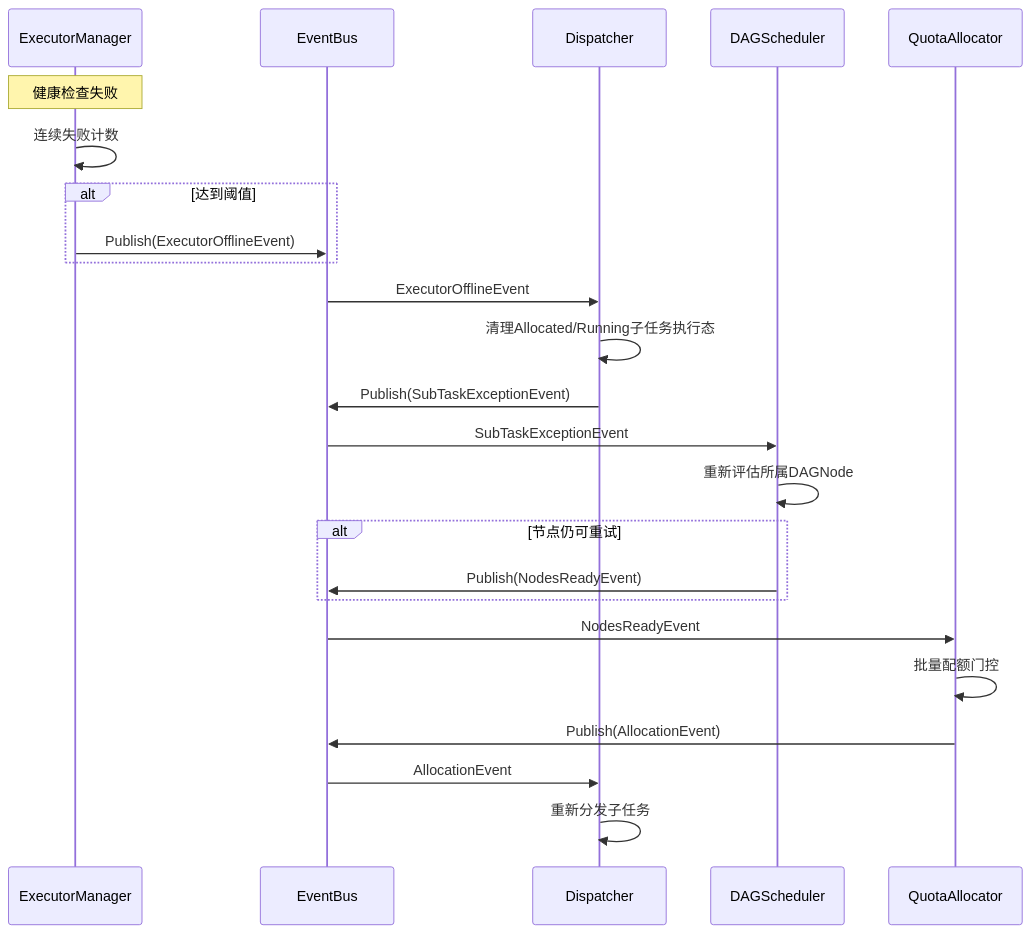
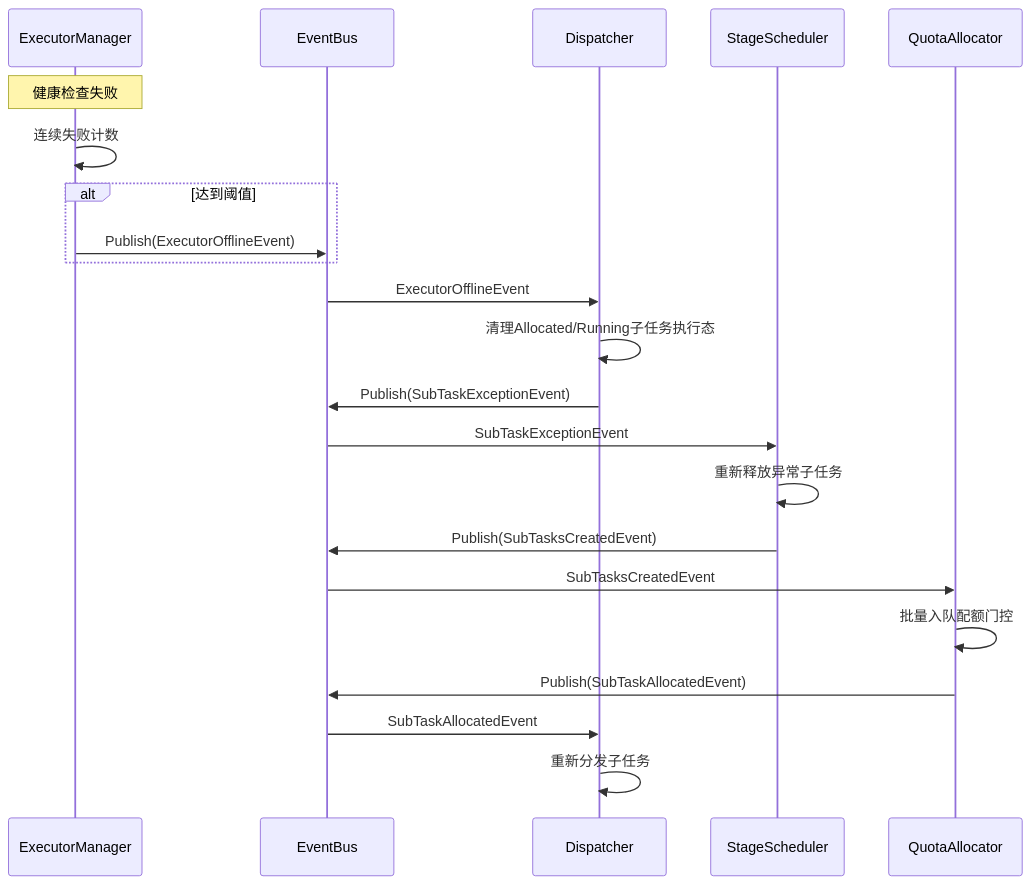
The ninth of 9 diagrams in docs/designs/模块设计文档.md (njuxumq/agent-eval-server), drawn with Mermaid before and after one commit. The commit also changed other lines of this file and 15 other files, not shown here.

````diff
--- a/docs/designs/模块设计文档.md
+++ b/docs/designs/模块设计文档.md
@@ -618,32 +656,30 @@
 ```mermaid
 sequenceDiagram
     participant EM as ExecutorManager
     participant EB as EventBus
     participant Dispatcher as Dispatcher
-    participant Scheduler as DAGScheduler
+    participant SS as StageScheduler
     participant Quota as QuotaAllocator
 
     Note over EM: 健康检查失败
 
     EM->>EM: 连续失败计数
     alt 达到阈值
         EM->>EB: Publish(ExecutorOfflineEvent)
     end
 
     EB->>Dispatcher: ExecutorOfflineEvent
     Dispatcher->>Dispatcher: 清理Allocated/Running子任务执行态
     Dispatcher->>EB: Publish(SubTaskExceptionEvent)
 
-    EB->>Scheduler: SubTaskExceptionEvent
-    Scheduler->>Scheduler: 重新评估所属DAGNode
-    alt 节点仍可重试
-        Scheduler->>EB: Publish(NodesReadyEvent)
-    end
+    EB->>SS: SubTaskExceptionEvent
+    SS->>SS: 重新释放异常子任务
+    SS->>EB: Publish(SubTasksCreatedEvent)
 
-    EB->>Quota: NodesReadyEvent
-    Quota->>Quota: 批量配额门控
-    Quota->>EB: Publish(AllocationEvent)
+    EB->>Quota: SubTasksCreatedEvent
+    Quota->>Quota: 批量入队配额门控
+    Quota->>EB: Publish(SubTaskAllocatedEvent)
 
-    EB->>Dispatcher: AllocationEvent
+    EB->>Dispatcher: SubTaskAllocatedEvent
     Dispatcher->>Dispatcher: 重新分发子任务
 ```
````
